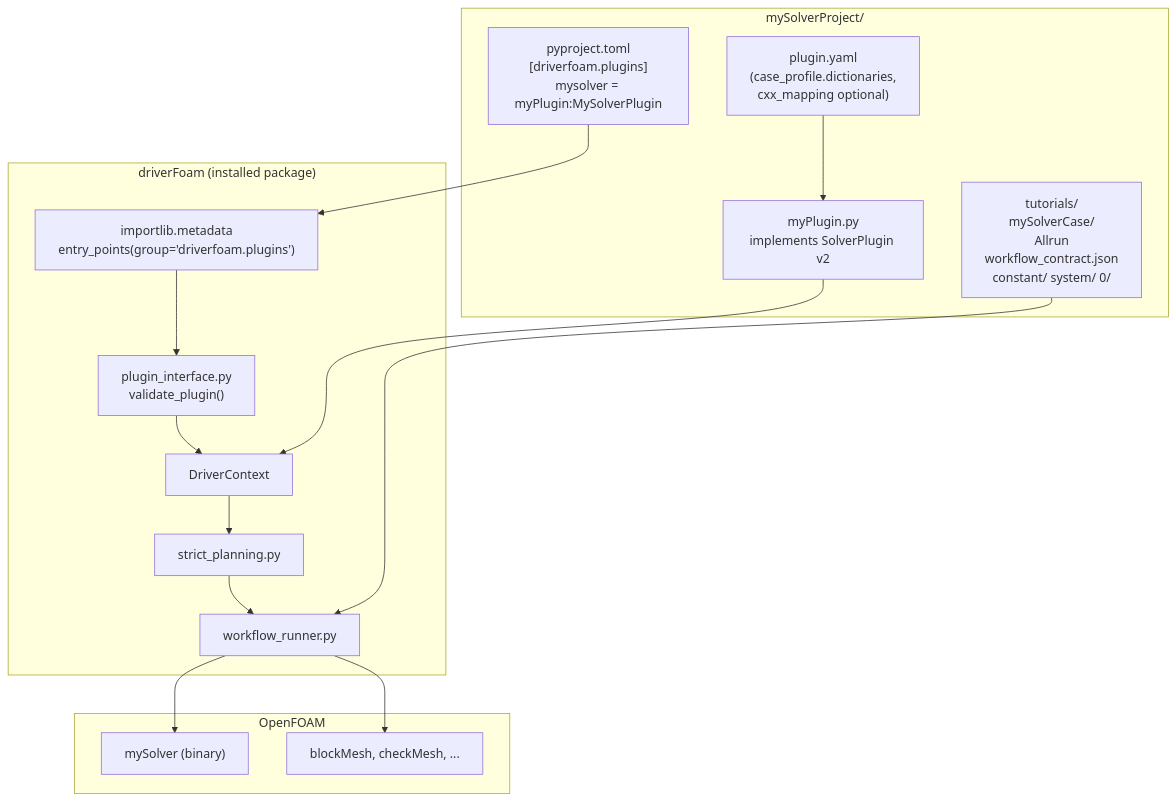
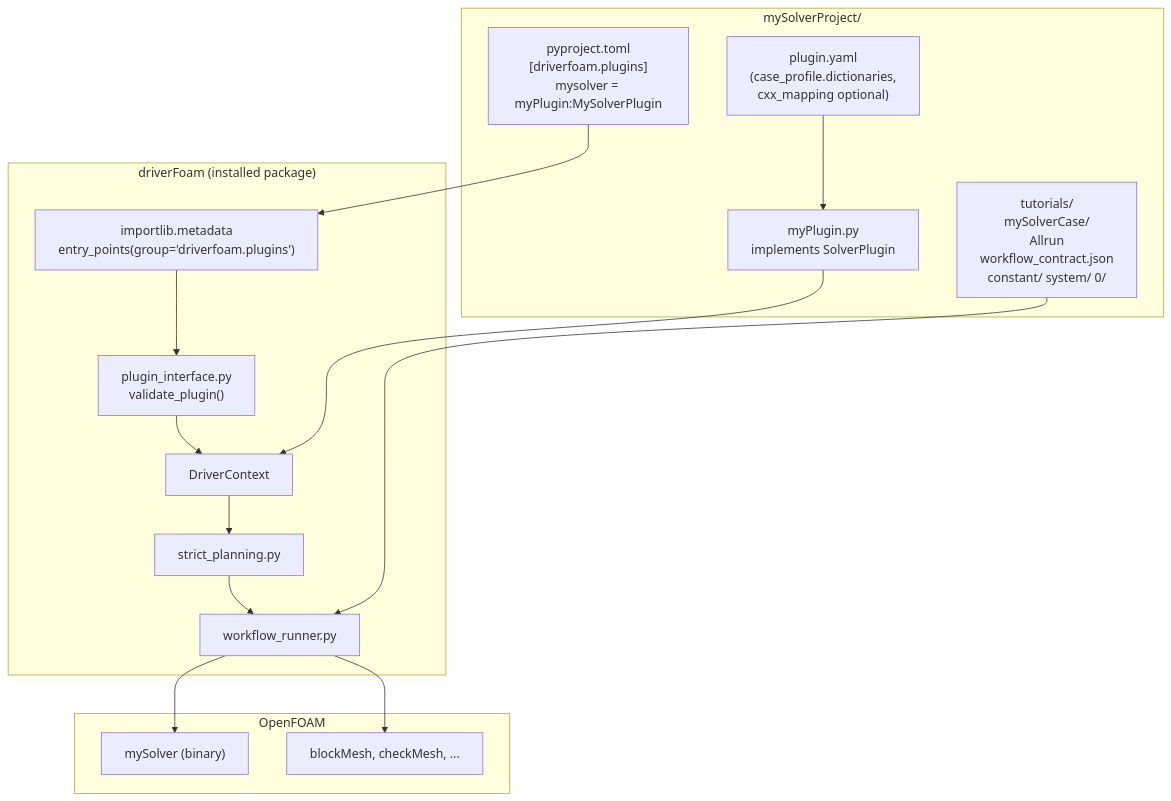
The fifth of 7 diagrams in applications/scripts/driverFoam/ARCHITECTURE.md (solids4foam/cardiacFoam), drawn with Mermaid before and after one commit. The commit also changed other lines of this file and 12 other files, not shown here.

First line of the commit message:
driverFOAM: collapse SolverPlugin v1/v2 into a single required contract

````diff
--- a/applications/scripts/driverFoam/ARCHITECTURE.md
+++ b/applications/scripts/driverFoam/ARCHITECTURE.md
@@ -521,33 +521,33 @@
 ```mermaid
 graph TB
     subgraph MyProject["mySolverProject/"]
-        MP["myPlugin.py\nimplements SolverPlugin v2"]
+        MP["myPlugin.py\nimplements SolverPlugin"]
         MPY["pyproject.toml\n[driverfoam.plugins]\nmysolver = myPlugin:MySolverPlugin"]
         MTUT["tutorials/\nmySolverCase/\n  Allrun\n  workflow_contract.json\n  constant/ system/ 0/"]
         MPYAML["plugin.yaml\n(case_profile.dictionaries,\ncxx_mapping optional)"]
     end
 
     subgraph DriverCore["driverFoam (installed package)"]
         EP["importlib.metadata\nentry_points(group='driverfoam.plugins')"]
         PI2["plugin_interface.py\nvalidate_plugin()"]
         CTX["DriverContext"]
         SP2["strict_planning.py"]
         WFR2["workflow_runner.py"]
     end
 
     subgraph OFInfra2["OpenFOAM"]
         SOLVER2["mySolver (binary)"]
         UTIL2["blockMesh, checkMesh, ..."]
     end
 
     MPY --> EP
     EP --> PI2
     PI2 --> CTX
     CTX --> SP2
     SP2 --> WFR2
     WFR2 --> SOLVER2
     WFR2 --> UTIL2
     MP --> CTX
     MPYAML --> MP
     MTUT --> WFR2
 ```
````
